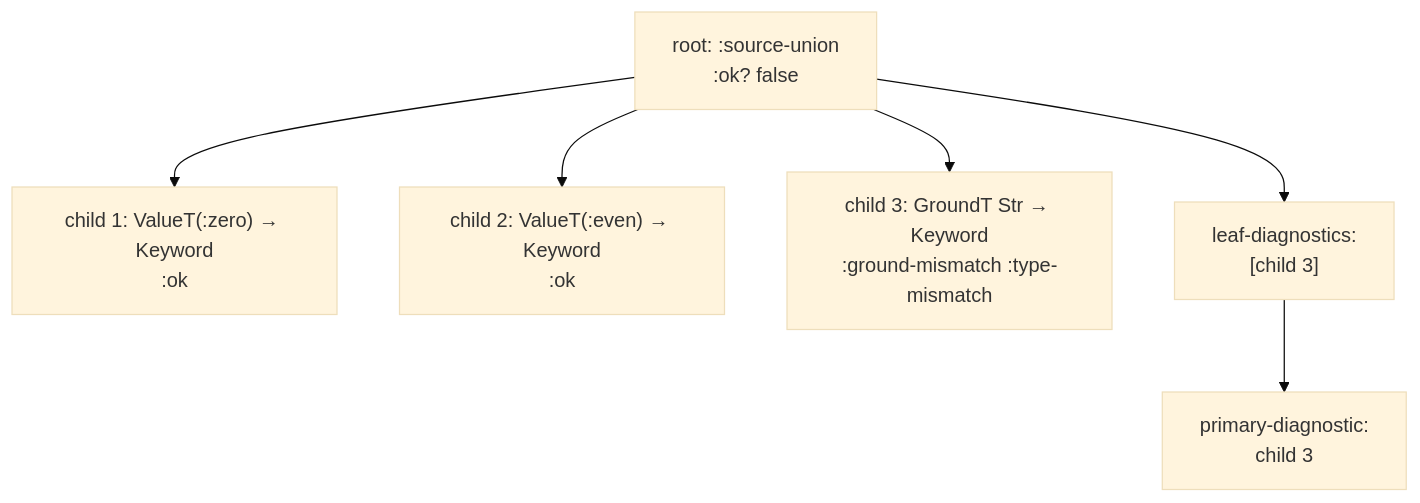
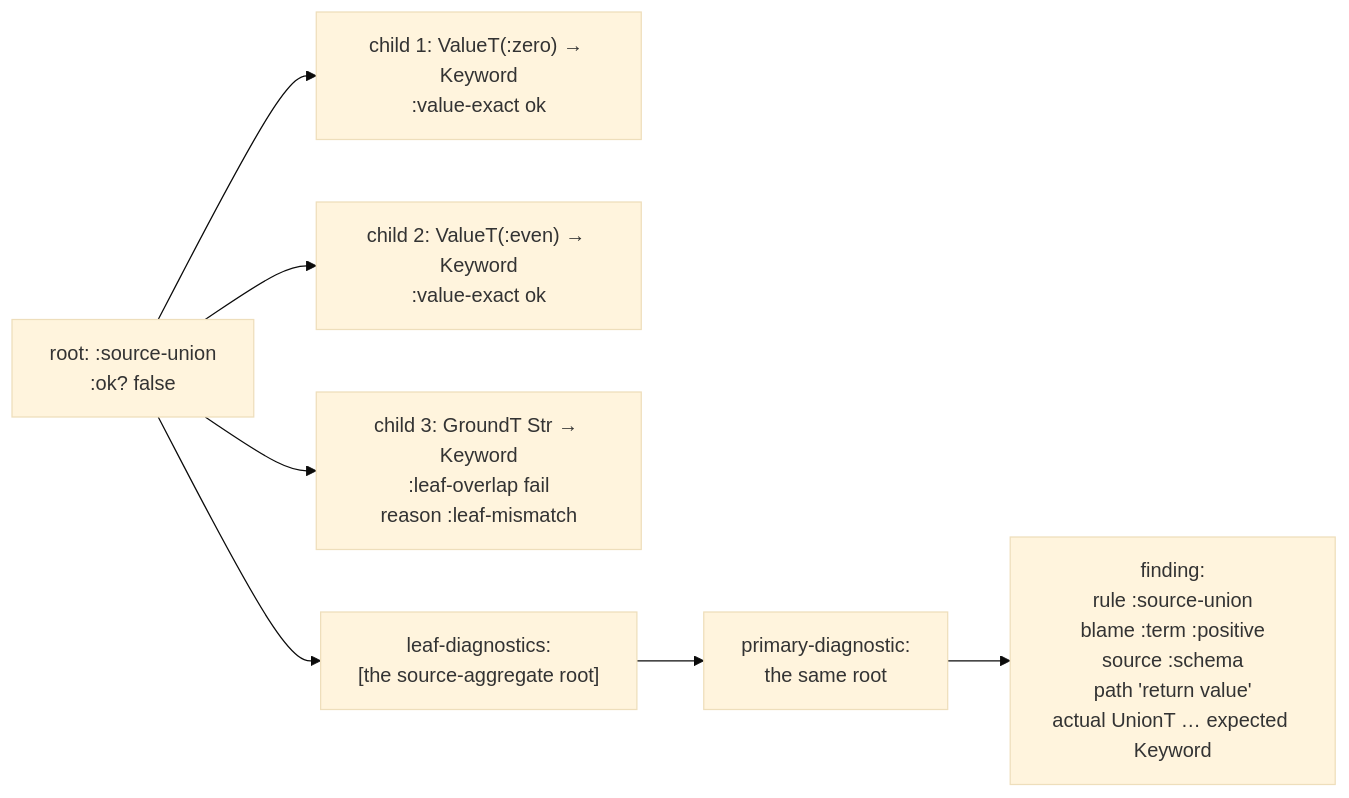
Before and after one commit to nomicflux/skeptic: the second of 3 diagrams in skeptic/docs/walkthrough/10-blame-for-all-and-projection.md, drawn with Mermaid (base theme). The commit also changed other lines of this file and 12 other files, not shown here.

````diff
--- a/skeptic/docs/walkthrough/10-blame-for-all-and-projection.md
+++ b/skeptic/docs/walkthrough/10-blame-for-all-and-projection.md
@@ -340,9 +548,10 @@
 ```mermaid
-flowchart TD
+flowchart LR
   root["root: :source-union<br/>:ok? false"]
-  root --> c1["child 1: ValueT(:zero) → Keyword<br/>:ok"]
-  root --> c2["child 2: ValueT(:even) → Keyword<br/>:ok"]
-  root --> c3["child 3: GroundT Str → Keyword<br/>:ground-mismatch :type-mismatch"]
-  root --> proj["leaf-diagnostics:<br/>[child 3]"]
-  proj --> headline["primary-diagnostic:<br/>child 3"]
+  root --> c1["child 1: ValueT(:zero) → Keyword<br/>:value-exact ok"]
+  root --> c2["child 2: ValueT(:even) → Keyword<br/>:value-exact ok"]
+  root --> c3["child 3: GroundT Str → Keyword<br/>:leaf-overlap fail<br/>reason :leaf-mismatch"]
+  root --> proj["leaf-diagnostics:<br/>[the source-aggregate root]"]
+  proj --> headline["primary-diagnostic:<br/>the same root"]
+  headline --> finding["finding:<br/>rule :source-union<br/>blame :term :positive<br/>source :schema<br/>path 'return value'<br/>actual UnionT … expected Keyword"]
 ```
````
